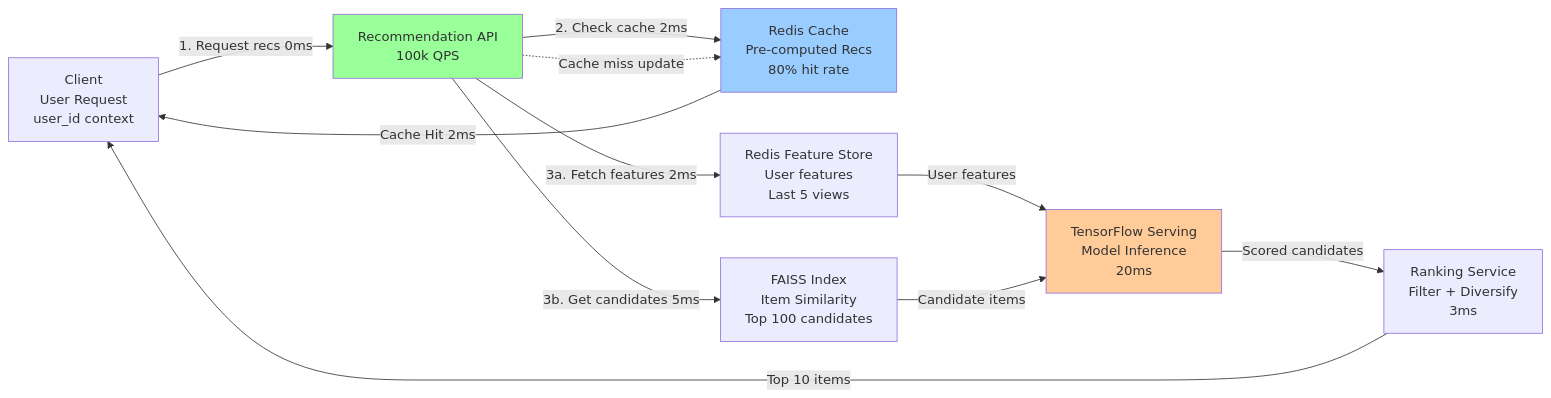
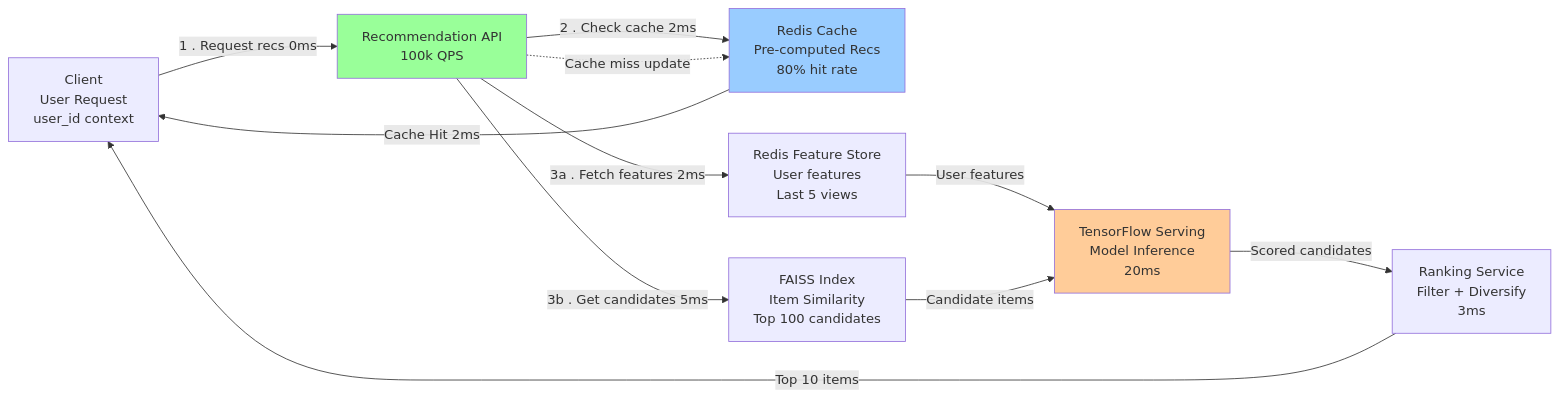
One commit to piyush7199/hld-architecture-handbook changed the second of 14 diagrams in 03-challenges/3.4.4-recommendation-system/hld-diagram.md. Above: the diagram before and after it, drawn with Mermaid. The commit also changed other lines of this file and 23 other files, not shown here.

First line of the commit message:
Add Online Code Editor / Judge design challenge with comprehensive documentation and diagrams

````diff
--- a/03-challenges/3.4.4-recommendation-system/hld-diagram.md
+++ b/03-challenges/3.4.4-recommendation-system/hld-diagram.md
@@ -138,27 +144,17 @@
 ```mermaid
 graph LR
     Client[Client<br/>User Request<br/>user_id context]
-    
-    Client -->|1. Request recs 0ms| RecAPI[Recommendation API<br/>100k QPS]
-    
-    RecAPI -->|2. Check cache 2ms| Cache[Redis Cache<br/>Pre-computed Recs<br/>80% hit rate]
-    
+    Client -->|1 . Request recs 0ms| RecAPI[Recommendation API<br/>100k QPS]
+    RecAPI -->|2 . Check cache 2ms| Cache[Redis Cache<br/>Pre-computed Recs<br/>80% hit rate]
     Cache -->|Cache Hit 2ms| Client
-    
-    RecAPI -->|3a. Fetch features 2ms| FeatureStore[Redis Feature Store<br/>User features<br/>Last 5 views]
-    
-    RecAPI -->|3b. Get candidates 5ms| FAISS[FAISS Index<br/>Item Similarity<br/>Top 100 candidates]
-    
+    RecAPI -->|3a . Fetch features 2ms| FeatureStore[Redis Feature Store<br/>User features<br/>Last 5 views]
+    RecAPI -->|3b . Get candidates 5ms| FAISS[FAISS Index<br/>Item Similarity<br/>Top 100 candidates]
     FeatureStore -->|User features| Inference[TensorFlow Serving<br/>Model Inference<br/>20ms]
     FAISS -->|Candidate items| Inference
-    
     Inference -->|Scored candidates| Ranker[Ranking Service<br/>Filter + Diversify<br/>3ms]
-    
     Ranker -->|Top 10 items| Client
-    
     RecAPI -.->|Cache miss update| Cache
-    
-    style Cache fill:#99ccff
-    style RecAPI fill:#99ff99
-    style Inference fill:#ffcc99
+    style Cache fill: #99ccff
+    style RecAPI fill: #99ff99
+    style Inference fill: #ffcc99
 ```
````
